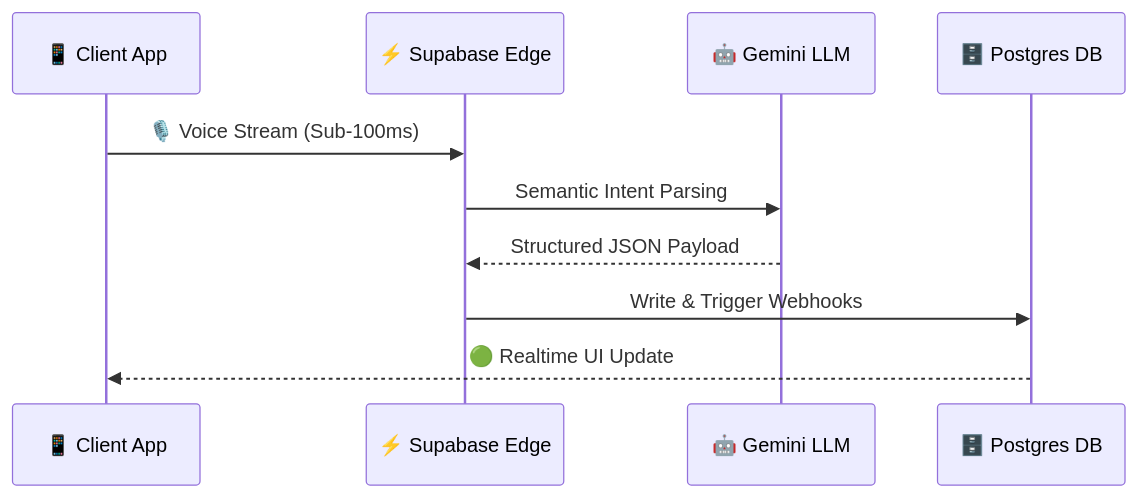
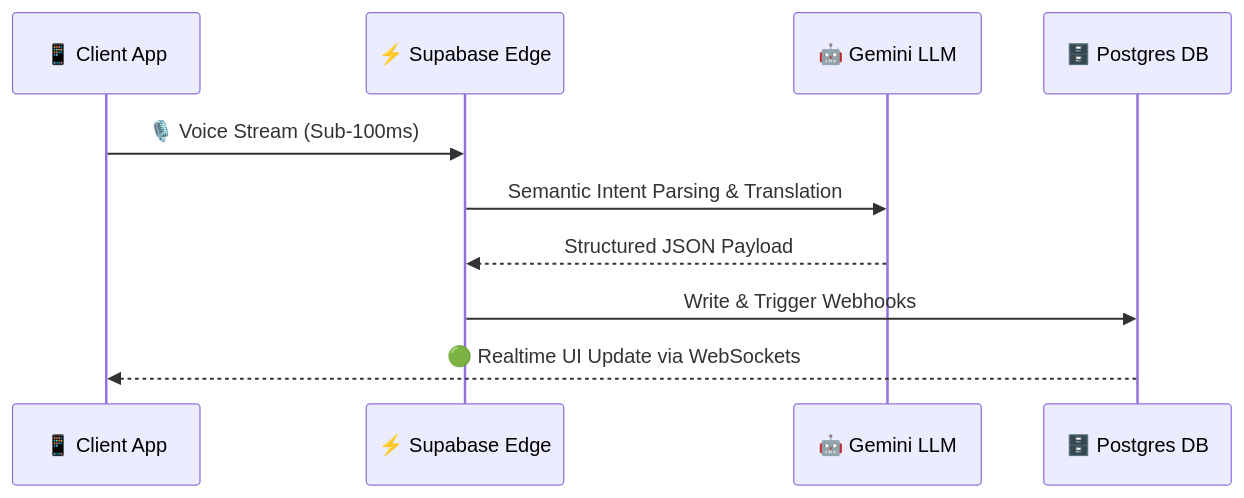
The third of 3 diagrams in README.md (Ak2556/echo-mobile), drawn with Mermaid before and after one commit. The commit also changed other lines of this file, not shown here.

````diff
--- a/README.md
+++ b/README.md
@@ -95,13 +97,13 @@
 ```mermaid
 sequenceDiagram
     participant User as 📱 Client App
     participant Edge as ⚡ Supabase Edge
     participant AI as 🤖 Gemini LLM
     participant DB as 🗄️ Postgres DB
     
     User->>Edge: 🎙️ Voice Stream (Sub-100ms)
-    Edge->>AI: Semantic Intent Parsing
+    Edge->>AI: Semantic Intent Parsing & Translation
     AI-->>Edge: Structured JSON Payload
     Edge->>DB: Write & Trigger Webhooks
-    DB-->>User: 🟢 Realtime UI Update
+    DB-->>User: 🟢 Realtime UI Update via WebSockets
 ```
````
